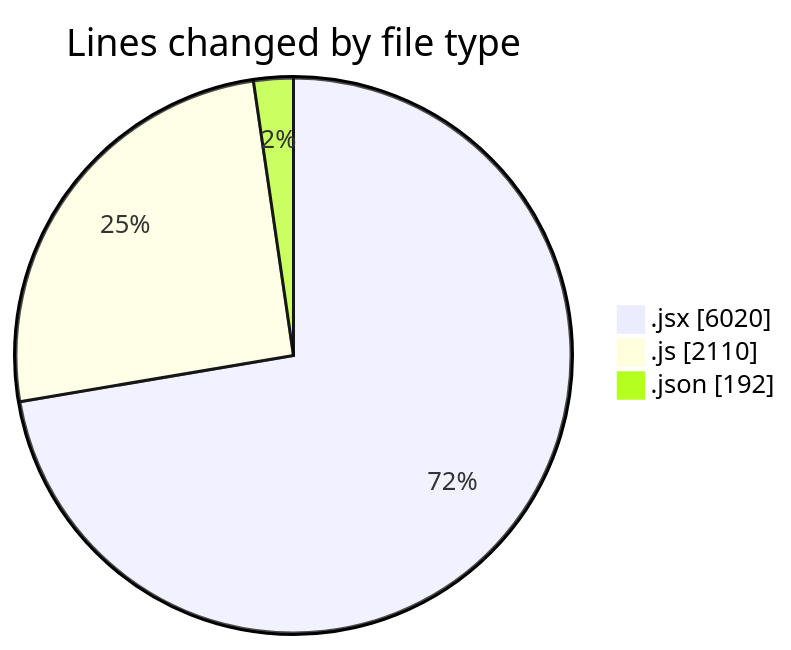
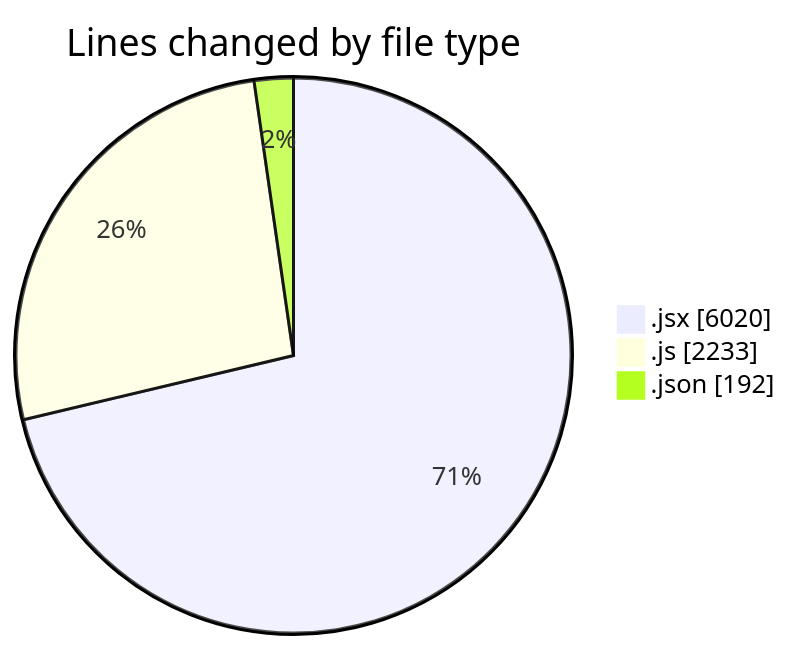
One commit to nxtqubesakshisongat/code-tracking changed the first of 2 diagrams in 2025-08-06/nxtqube_webapp/README.md. Above: the diagram before and after it, drawn with Mermaid. The commit also changed other lines of this file and 1 other file, not shown here.

````diff
--- a/2025-08-06/nxtqube_webapp/README.md
+++ b/2025-08-06/nxtqube_webapp/README.md
@@ -31,7 +31,7 @@
 ```mermaid
 pie showData
 title Lines changed by file type
 ".jsx" : 6020
-".js" : 2110
+".js" : 2233
 ".json" : 192
 ```
````
